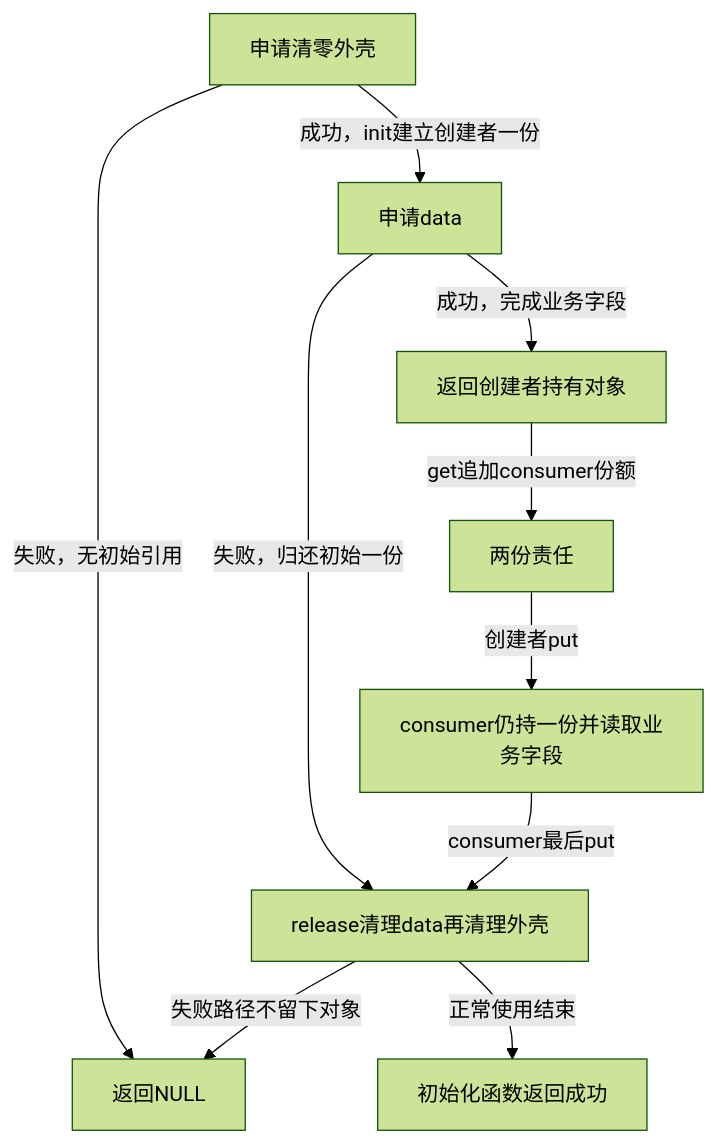
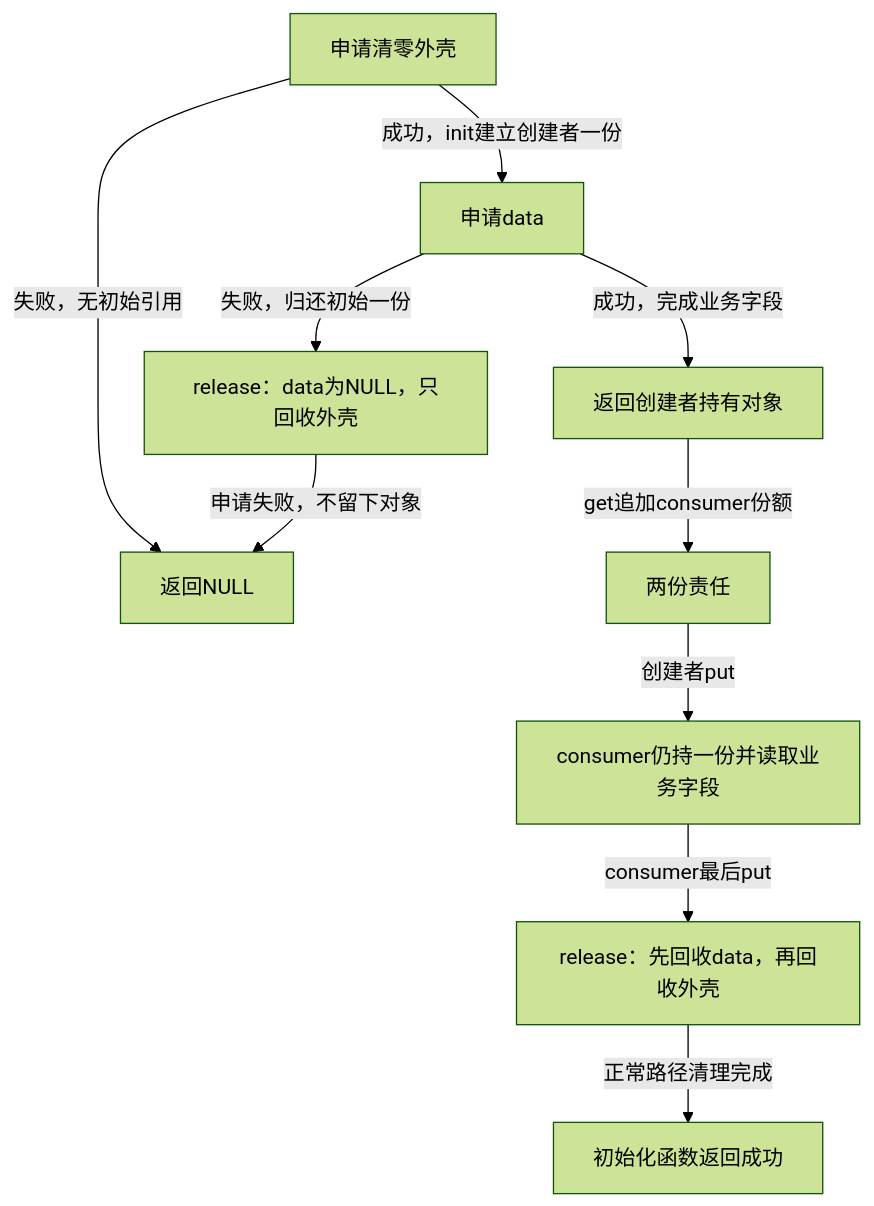
The fifth of 9 diagrams in knowledge/linux/object_lifetime/kref/P02_源码入口与结构定义.md (FormingSystem/linux_note), drawn with Mermaid (forest theme) before and after one commit. The commit also changed other lines of this file and 3 other files, not shown here.

````diff
--- a/knowledge/linux/object_lifetime/kref/P02_源码入口与结构定义.md
+++ b/knowledge/linux/object_lifetime/kref/P02_源码入口与结构定义.md
@@ -756,12 +829,12 @@
 ```mermaid
 flowchart TD
     A["申请清零外壳"] -->|"失败，无初始引用"| N["返回NULL"]
     A -->|"成功，init建立创建者一份"| B["申请data"]
-    B -->|"失败，归还初始一份"| R["release清理data再清理外壳"]
-    R -->|"失败路径不留下对象"| N
-    R -->|"正常使用结束"| Z["初始化函数返回成功"]
+    B -->|"失败，归还初始一份"| F["release：data为NULL，只回收外壳"]
+    F -->|"申请失败，不留下对象"| N
     B -->|"成功，完成业务字段"| C["返回创建者持有对象"]
     C -->|"get追加consumer份额"| D["两份责任"]
     D -->|"创建者put"| E["consumer仍持一份并读取业务字段"]
-    E -->|"consumer最后put"| R
+    E -->|"consumer最后put"| R["release：先回收data，再回收外壳"]
+    R -->|"正常路径清理完成"| Z["初始化函数返回成功"]
 ```
````
